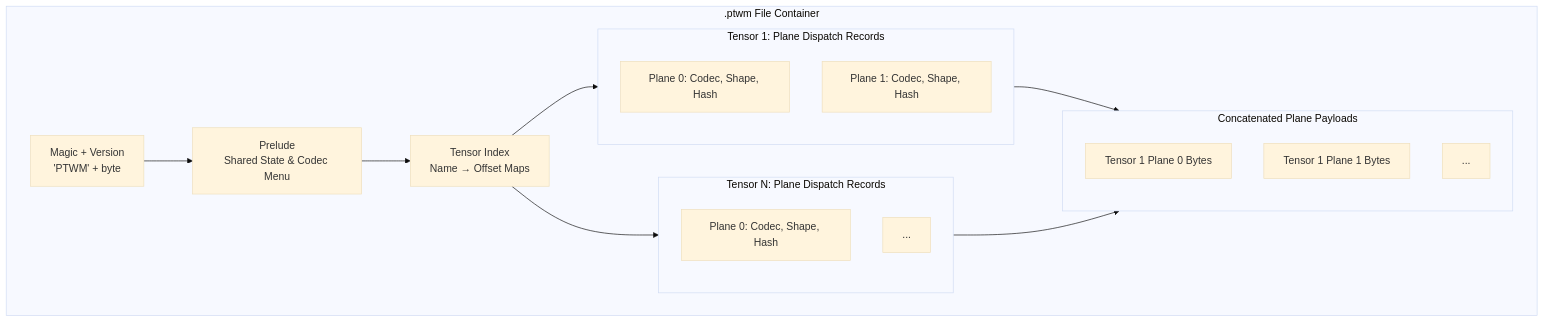
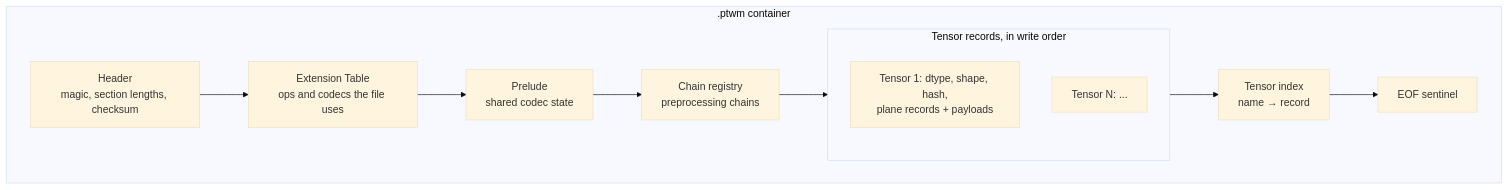
The diagram in docs/site/content/20.concepts/5.container.md (khwstolle/ptwm), drawn with Mermaid (base theme) before and after one commit. The commit also changed other lines of this file and 170 other files, not shown here.

First line of the commit message:
Cut fixed per-container overhead with compact formats; fix cross-version decode and reader hardening (#6)

````diff
--- a/docs/site/content/20.concepts/5.container.md
+++ b/docs/site/content/20.concepts/5.container.md
@@ -12,31 +30,17 @@
 ```mermaid
 graph TD
-    subgraph Container [".ptwm File Container"]
-        M[Magic + Version<br/>'PTWM' + byte]
-        P[Prelude<br/>Shared State & Codec Menu]
-        I[Tensor Index<br/>Name → Offset Maps]
-
-        subgraph T1 [Tensor 1: Plane Dispatch Records]
-            R1_0[Plane 0: Codec, Shape, Hash]
-            R1_1[Plane 1: Codec, Shape, Hash]
+    subgraph Container [".ptwm container"]
+        H[Header<br/>magic, section lengths, checksum]
+        E[Extension Table<br/>ops and codecs the file uses]
+        P[Prelude<br/>shared codec state]
+        C[Chain registry<br/>preprocessing chains]
+        subgraph Body [Tensor records, in write order]
+            T1[Tensor 1: dtype, shape, hash,<br/>plane records + payloads]
+            TN[Tensor N: ...]
         end
-
-        subgraph TN [Tensor N: Plane Dispatch Records]
-            RN_0[Plane 0: Codec, Shape, Hash]
-            RN_1[...]
-        end
-
-        subgraph Payloads [Concatenated Plane Payloads]
-            PL1_0[Tensor 1 Plane 0 Bytes]
-            PL1_1[Tensor 1 Plane 1 Bytes]
-            PLN_0[...]
-        end
+        I[Tensor index<br/>name → record]
+        F[EOF sentinel]
     end
 
-    M --> P
-    P --> I
-    I --> T1
-    I --> TN
-    T1 --> Payloads
-    TN --> Payloads
+    H --> E --> P --> C --> Body --> I --> F
 ```
````
